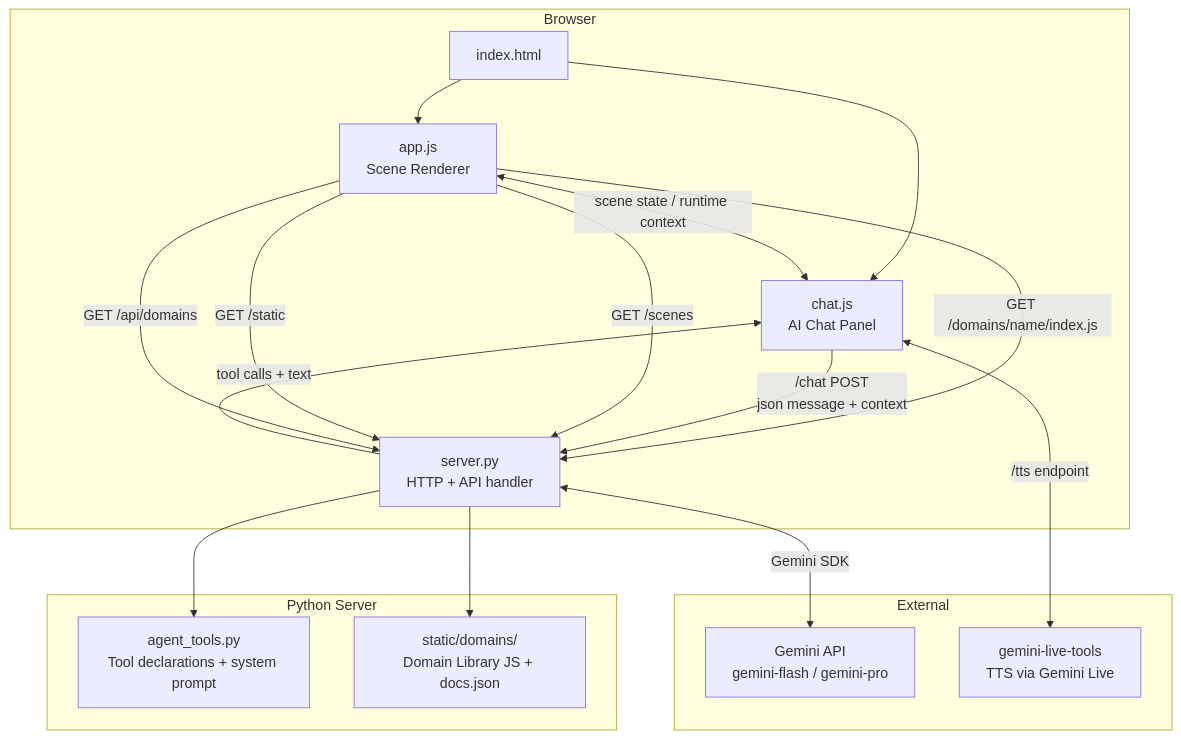
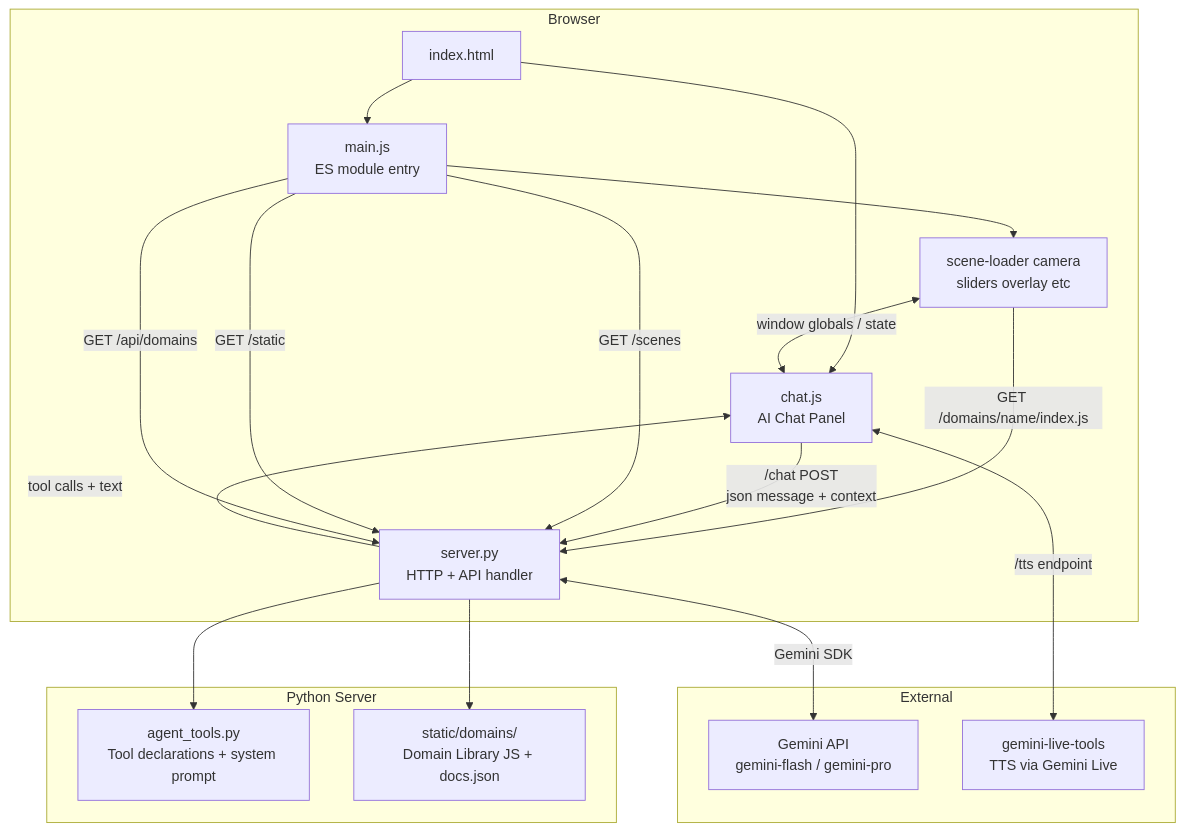
One commit to ibenian/algebench changed the diagram in docs/architecture.md. Above: the diagram before and after it, drawn with Mermaid. The commit also changed other lines of this file, not shown here.

First line of the commit message:
docs: update architecture.md for ES module refactor and step undo system

````diff
--- a/docs/architecture.md
+++ b/docs/architecture.md
@@ -28,31 +28,32 @@
 ```mermaid
 flowchart TD
     subgraph Browser
         A[index.html]
-        A --> B[app.js\nScene Renderer]
+        A --> B[main.js\nES module entry]
+        B --> B2[scene-loader camera\nsliders overlay etc]
         A --> C[chat.js\nAI Chat Panel]
-        B <-->|scene state / runtime context| C
-        B -->|GET /domains/name/index.js| D
+        B2 <-->|window globals / state| C
+        B2 -->|GET /domains/name/index.js| D
     end
 
     subgraph Python Server
         D[server.py\nHTTP + API handler]
         E[agent_tools.py\nTool declarations + system prompt]
         H[static/domains/\nDomain Library JS + docs.json]
         D --> E
         D --> H
     end
 
     subgraph External
         F[Gemini API\ngemini-flash / gemini-pro]
         G[gemini-live-tools\nTTS via Gemini Live]
     end
 
     C -->|/chat POST\njson message + context| D
     D -->|tool calls + text| C
     D <-->|Gemini SDK| F
     C <-->|/tts endpoint| G
     B -->|GET /scenes| D
     B -->|GET /static| D
     B -->|GET /api/domains| D
 ```
````
